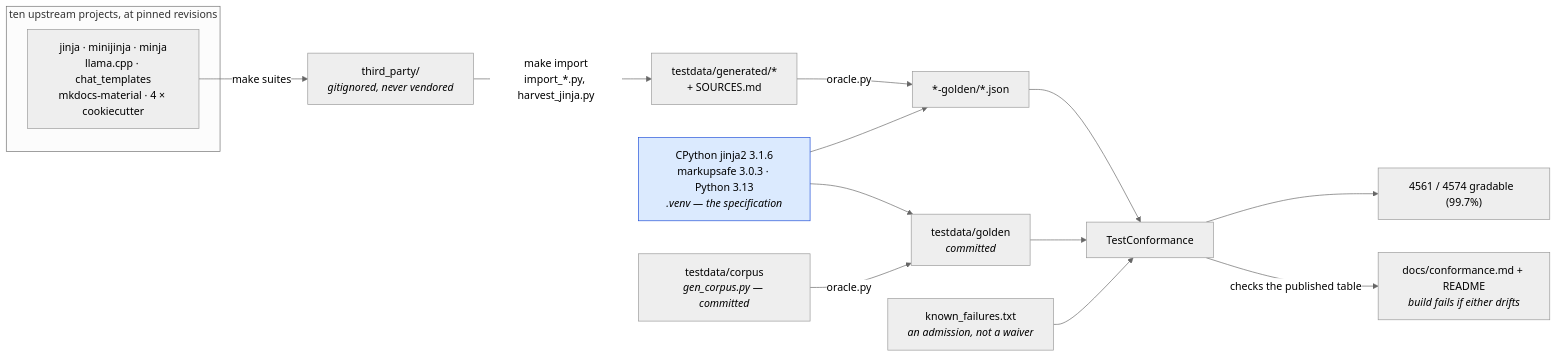
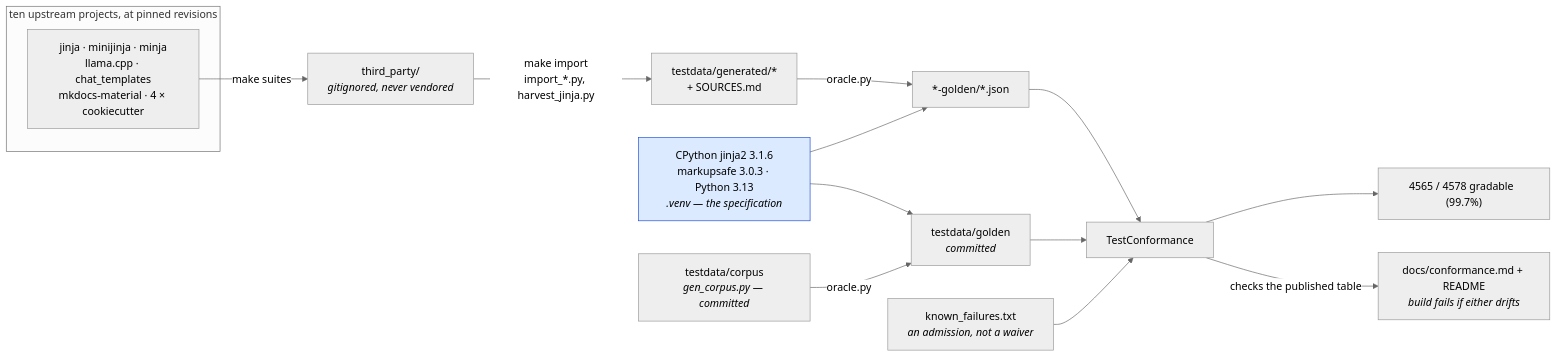
The first of 2 diagrams in docs/conformance.md (mgilbir/gojja2), drawn with Mermaid (neutral theme) before and after one commit. The commit also changed other lines of this file and 20 other files, not shown here.

````diff
--- a/docs/conformance.md
+++ b/docs/conformance.md
@@ -17,24 +17,24 @@
 ```mermaid
 flowchart LR
     subgraph up["ten upstream projects, at pinned revisions"]
         U1["jinja · minijinja · minja<br/>llama.cpp · chat_templates<br/>mkdocs-material · 4 × cookiecutter"]
     end
     U1 -->|"make suites"| TP["third_party/<br/><i>gitignored, never vendored</i>"]
     TP -->|"make import<br/>import_*.py, harvest_jinja.py"| GEN["testdata/generated/*<br/>+ SOURCES.md"]
 
     ORA["CPython jinja2 3.1.6<br/>markupsafe 3.0.3 · Python 3.13<br/><i>.venv — the specification</i>"]
     GEN -->|"oracle.py"| G2["*-golden/*.json"]
     ORA --> G2
 
     OWN["testdata/corpus<br/><i>gen_corpus.py — committed</i>"] -->|"oracle.py"| G1["testdata/golden<br/><i>committed</i>"]
     ORA --> G1
 
     G1 --> TC["TestConformance"]
     G2 --> TC
     KF["known_failures.txt<br/><i>an admission, not a waiver</i>"] --> TC
-    TC --> RATE["4561 / 4574 gradable  (99.7%)"]
+    TC --> RATE["4565 / 4578 gradable  (99.7%)"]
     TC -->|"checks the published table"| RM["docs/conformance.md + README<br/><i>build fails if either drifts</i>"]
 
     classDef spec fill:#dbeafe,stroke:#1d4ed8,color:#000
     class ORA spec
 ```
````
